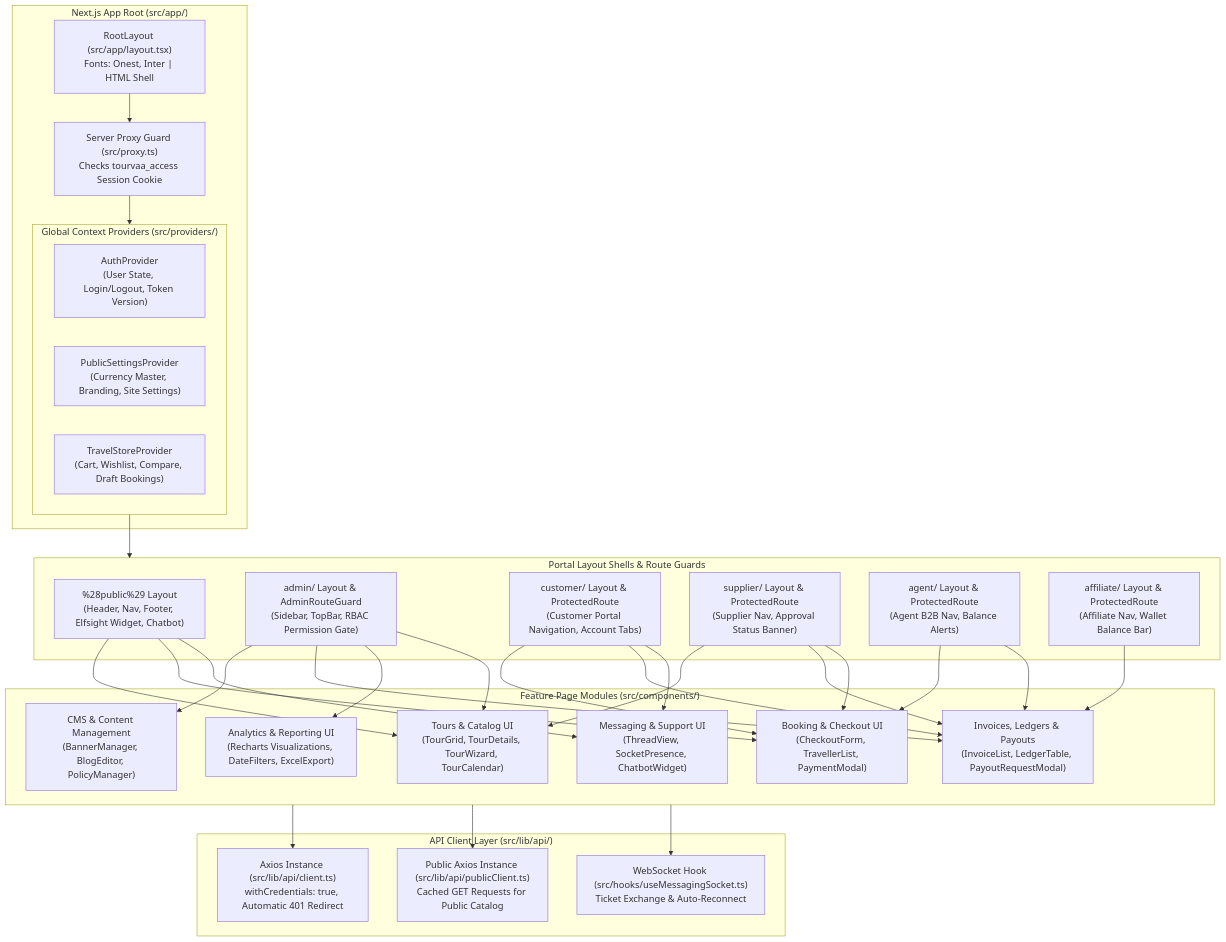
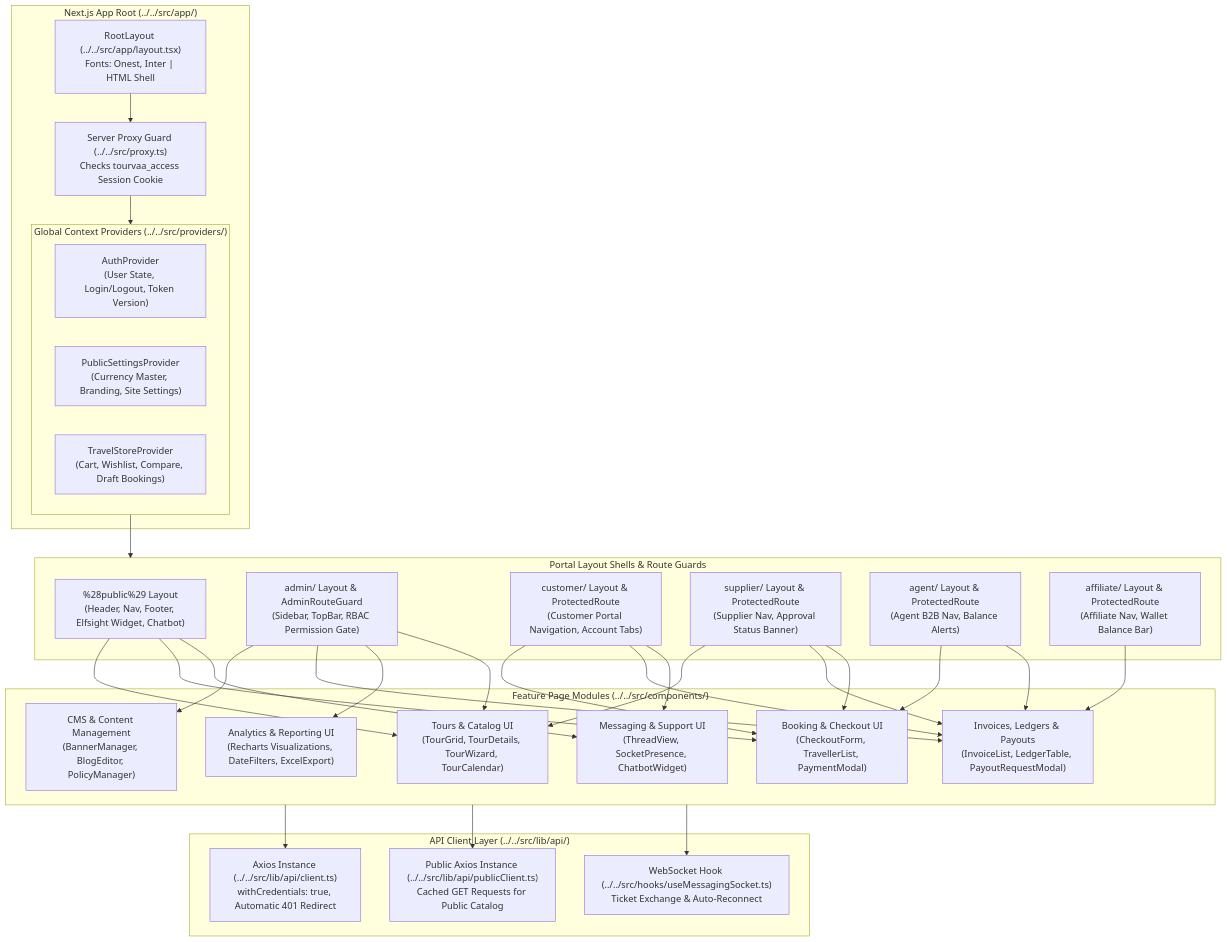
The third of 40 diagrams in final-deliverables/markdown/architecture-reference.md (ayatiworkstechnologies/tourvaa_new_doc), drawn with Mermaid before and after one commit. The commit also changed other lines of this file and 20 other files, not shown here.

Commit message:
fix(docs): resolve all mermaid syntax errors and eliminate duplicate module titles in publications

````diff
--- a/final-deliverables/markdown/architecture-reference.md
+++ b/final-deliverables/markdown/architecture-reference.md
@@ -360,69 +360,69 @@
 ```mermaid
 graph TD
-    subgraph APP_ROOT["Next.js App Root (src/app/)"]
-        ROOT_LAYOUT["RootLayout (src/app/layout.tsx)<br/>Fonts: Onest, Inter | HTML Shell"]
-        PROXY["Server Proxy Guard (src/proxy.ts)<br/>Checks tourvaa_access Session Cookie"]
+    subgraph APP_ROOT["Next.js App Root (../../src/app/)"]
+        ROOT_LAYOUT["RootLayout (../../src/app/layout.tsx)<br/>Fonts: Onest, Inter | HTML Shell"]
+        PROXY["Server Proxy Guard (../../src/proxy.ts)<br/>Checks tourvaa_access Session Cookie"]
         
-        subgraph PROVIDERS["Global Context Providers (src/providers/)"]
+        subgraph PROVIDERS["Global Context Providers (../../src/providers/)"]
             AUTH_PROV["AuthProvider<br/>(User State, Login/Logout, Token Version)"]
             SETTINGS_PROV["PublicSettingsProvider<br/>(Currency Master, Branding, Site Settings)"]
             STORE_PROV["TravelStoreProvider<br/>(Cart, Wishlist, Compare, Draft Bookings)"]
         end
     end
 
     subgraph PORTAL_SHELLS["Portal Layout Shells & Route Guards"]
         PUBLIC_SHELL["%28public%29 Layout<br/>(Header, Nav, Footer, Elfsight Widget, Chatbot)"]
         ADMIN_SHELL["admin/ Layout & AdminRouteGuard<br/>(Sidebar, TopBar, RBAC Permission Gate)"]
         CUSTOMER_SHELL["customer/ Layout & ProtectedRoute<br/>(Customer Portal Navigation, Account Tabs)"]
         SUPPLIER_SHELL["supplier/ Layout & ProtectedRoute<br/>(Supplier Nav, Approval Status Banner)"]
         AGENT_SHELL["agent/ Layout & ProtectedRoute<br/>(Agent B2B Nav, Balance Alerts)"]
         AFFILIATE_SHELL["affiliate/ Layout & ProtectedRoute<br/>(Affiliate Nav, Wallet Balance Bar)"]
     end
 
-    subgraph PAGE_COMPONENTS["Feature Page Modules (src/components/)"]
+    subgraph PAGE_COMPONENTS["Feature Page Modules (../../src/components/)"]
         TOURS_UI["Tours & Catalog UI<br/>(TourGrid, TourDetails, TourWizard, TourCalendar)"]
         BOOKING_UI["Booking & Checkout UI<br/>(CheckoutForm, TravellerList, PaymentModal)"]
         CMS_UI["CMS & Content Management<br/>(BannerManager, BlogEditor, PolicyManager)"]
         FINANCE_UI["Invoices, Ledgers & Payouts<br/>(InvoiceList, LedgerTable, PayoutRequestModal)"]
         MESSAGING_UI["Messaging & Support UI<br/>(ThreadView, SocketPresence, ChatbotWidget)"]
         REPORTS_UI["Analytics & Reporting UI<br/>(Recharts Visualizations, DateFilters, ExcelExport)"]
     end
 
-    subgraph API_CLIENT["API Client Layer (src/lib/api/)"]
-        CLIENT_AXIOS["Axios Instance (src/lib/api/client.ts)<br/>withCredentials: true, Automatic 401 Redirect"]
-        PUBLIC_AXIOS["Public Axios Instance (src/lib/api/publicClient.ts)<br/>Cached GET Requests for Public Catalog"]
-        WS_CLIENT["WebSocket Hook (src/hooks/useMessagingSocket.ts)<br/>Ticket Exchange & Auto-Reconnect"]
+    subgraph API_CLIENT["API Client Layer (../../src/lib/api/)"]
+        CLIENT_AXIOS["Axios Instance (../../src/lib/api/client.ts)<br/>withCredentials: true, Automatic 401 Redirect"]
+        PUBLIC_AXIOS["Public Axios Instance (../../src/lib/api/publicClient.ts)<br/>Cached GET Requests for Public Catalog"]
+        WS_CLIENT["WebSocket Hook (../../src/hooks/useMessagingSocket.ts)<br/>Ticket Exchange & Auto-Reconnect"]
     end
 
     %% Hierarchy flows
     ROOT_LAYOUT --> PROXY
     PROXY --> PROVIDERS
     PROVIDERS --> PORTAL_SHELLS
     
     PUBLIC_SHELL --> TOURS_UI
     PUBLIC_SHELL --> BOOKING_UI
     PUBLIC_SHELL --> MESSAGING_UI
     
     ADMIN_SHELL --> CMS_UI
     ADMIN_SHELL --> FINANCE_UI
     ADMIN_SHELL --> REPORTS_UI
     ADMIN_SHELL --> TOURS_UI
     
     CUSTOMER_SHELL --> BOOKING_UI
     CUSTOMER_SHELL --> FINANCE_UI
     CUSTOMER_SHELL --> MESSAGING_UI
     
     SUPPLIER_SHELL --> TOURS_UI
     SUPPLIER_SHELL --> FINANCE_UI
     SUPPLIER_SHELL --> BOOKING_UI
     
     AGENT_SHELL --> BOOKING_UI
     AGENT_SHELL --> FINANCE_UI
     
     AFFILIATE_SHELL --> FINANCE_UI
 
     %% Client data bindings
     PAGE_COMPONENTS --> CLIENT_AXIOS
     PAGE_COMPONENTS --> PUBLIC_AXIOS
     PAGE_COMPONENTS --> WS_CLIENT
 ```
````
